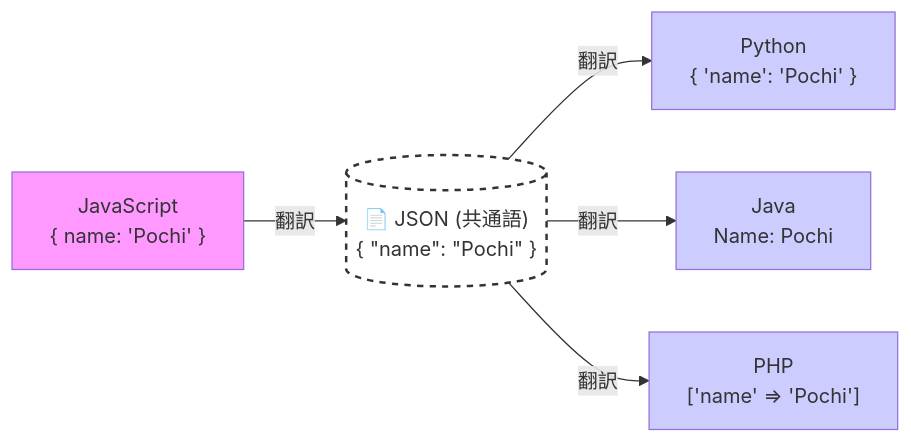
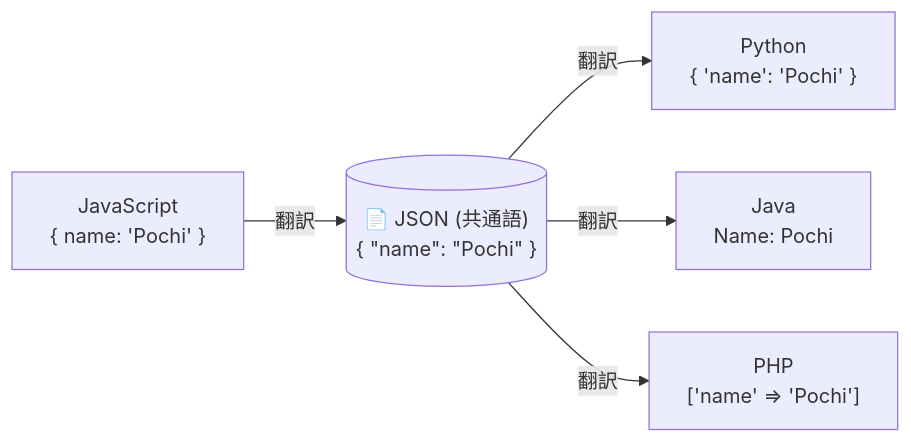
One commit to komiyamma/site_ichika_study_async_await_fetch changed the second of 2 diagrams in D10.md. Above: the diagram before and after it, drawn with Mermaid.

Commit message:
docs: async/awaitの解説を追加

````diff
--- a/D10.md
+++ b/D10.md
@@ -297,13 +297,8 @@
 ```mermaid
 graph LR
     JS["JavaScript<br>{ name: 'Pochi' }"] -->|翻訳| JSON[("📄 JSON (共通語)<br>{ &quot;name&quot;: &quot;Pochi&quot; }")]
     JSON -->|翻訳| Py["Python<br>{ 'name': 'Pochi' }"]
     JSON -->|翻訳| Java["Java<br>Name: Pochi"]
     JSON -->|翻訳| PHP["PHP<br>['name' => 'Pochi']"]
-    
-    style JS fill:#f9f
-    style JSON fill:#fff,stroke:#333,stroke-width:2px,stroke-dasharray: 5 5
-    style Py fill:#ccf
-    style Java fill:#ccf
-    style PHP fill:#ccf
+
 ```
````
